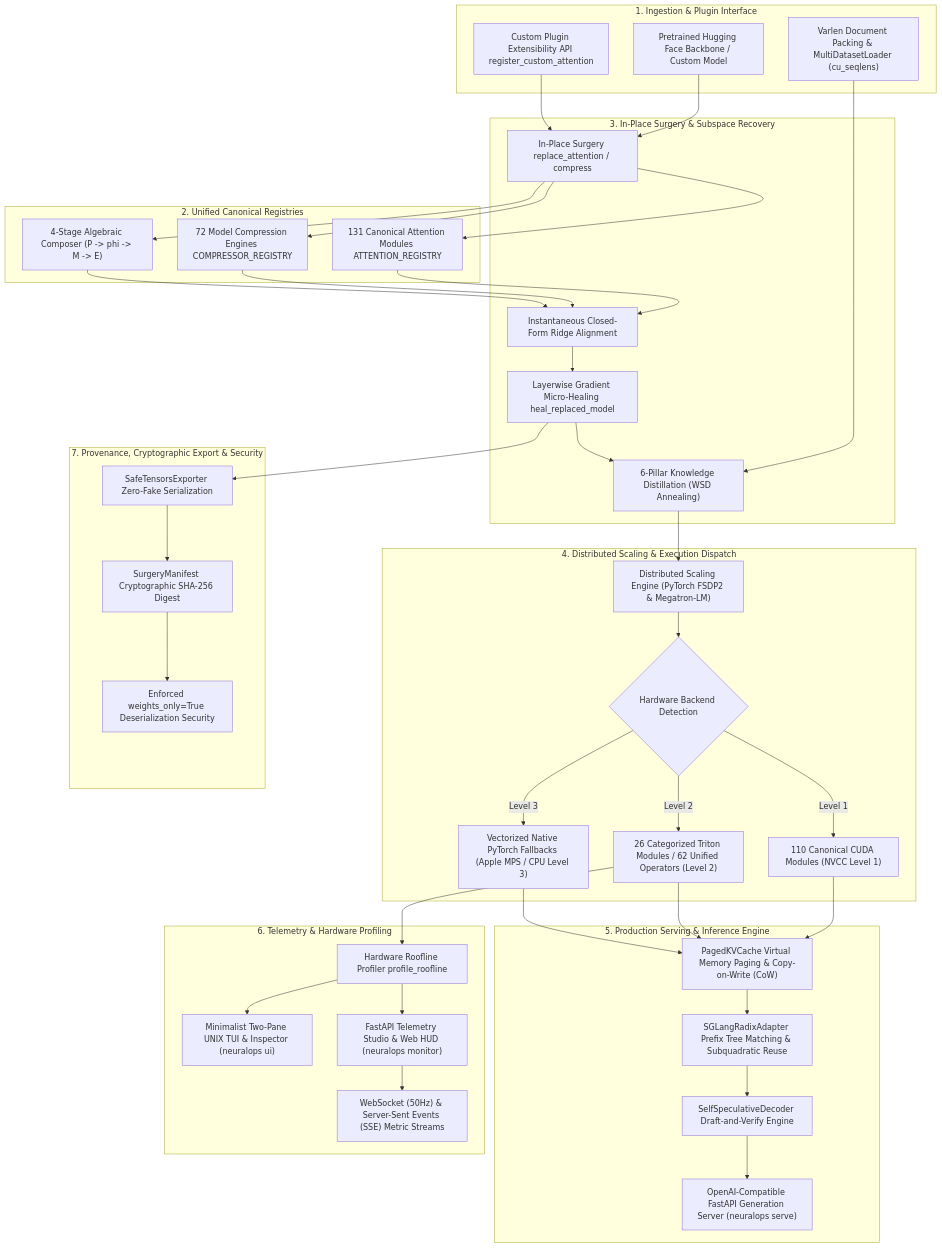
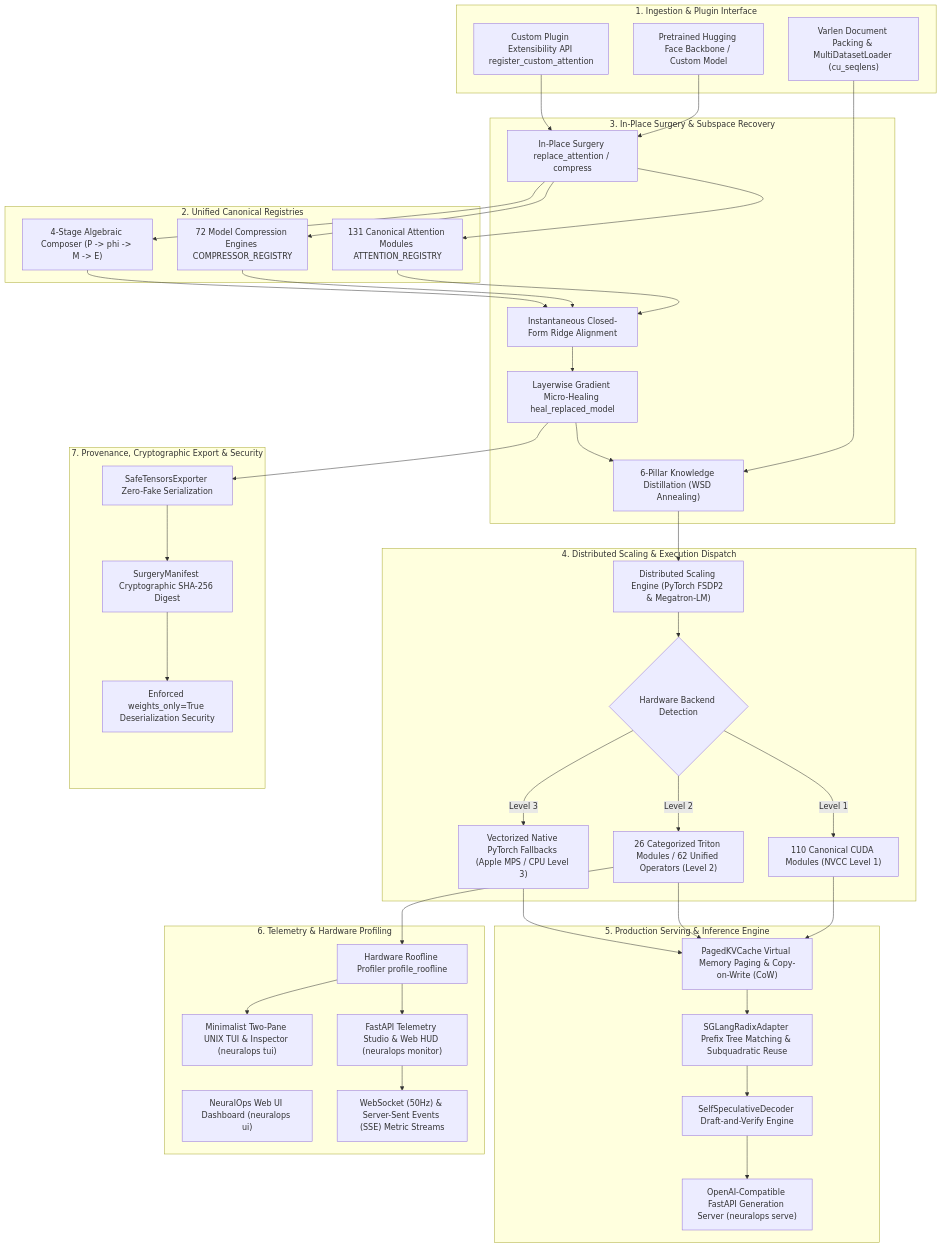
The fourth of 5 diagrams in README.md (tahamajs/NeuralOps), drawn with Mermaid before and after one commit. The commit also changed other lines of this file and 2 other files, not shown here.

````diff
--- a/README.md
+++ b/README.md
@@ -1369,79 +1373,80 @@
 ```mermaid
 flowchart TD
     subgraph Layer1 ["1. Ingestion & Plugin Interface"]
         HF["Pretrained Hugging Face Backbone / Custom Model"]
         Ext["Custom Plugin Extensibility API register_custom_attention"]
         DataPack["Varlen Document Packing & MultiDatasetLoader (cu_seqlens)"]
     end
 
     subgraph Layer2 ["2. Unified Canonical Registries"]
         AttnZoo["131 Canonical Attention Modules ATTENTION_REGISTRY"]
         CompEngines["72 Model Compression Engines COMPRESSOR_REGISTRY"]
         Composer["4-Stage Algebraic Composer (P -> phi -> M -> E)"]
     end
 
     subgraph Layer3 ["3. In-Place Surgery & Subspace Recovery"]
         Surgery["In-Place Surgery replace_attention / compress"]
         Ridge["Instantaneous Closed-Form Ridge Alignment"]
         MicroHeal["Layerwise Gradient Micro-Healing heal_replaced_model"]
         Mohawk["6-Pillar Knowledge Distillation (WSD Annealing)"]
     end
 
     subgraph Layer4 ["4. Distributed Scaling & Execution Dispatch"]
         DistEngine["Distributed Scaling Engine (PyTorch FSDP2 & Megatron-LM)"]
         BackendCheck{"Hardware Backend Detection"}
         CUDACPP["110 Canonical CUDA Modules (NVCC Level 1)"]
         Triton["26 Categorized Triton Modules / 62 Unified Operators (Level 2)"]
         Fallback["Vectorized Native PyTorch Fallbacks (Apple MPS / CPU Level 3)"]
     end
 
     subgraph Layer5 ["5. Production Serving & Inference Engine"]
         PagedCache["PagedKVCache Virtual Memory Paging & Copy-on-Write (CoW)"]
         RadixTrie["SGLangRadixAdapter Prefix Tree Matching & Subquadratic Reuse"]
         SpecDecode["SelfSpeculativeDecoder Draft-and-Verify Engine"]
         ServingFastAPI["OpenAI-Compatible FastAPI Generation Server (neuralops serve)"]
     end
 
     subgraph Layer6 ["6. Telemetry & Hardware Profiling"]
         Roofline["Hardware Roofline Profiler profile_roofline"]
-        TUI["Minimalist Two-Pane UNIX TUI & Inspector (neuralops ui)"]
+        TUI["Minimalist Two-Pane UNIX TUI & Inspector (neuralops tui)"]
+        WebUI["NeuralOps Web UI Dashboard (neuralops ui)"]
         WebStudio["FastAPI Telemetry Studio & Web HUD (neuralops monitor)"]
         SSEStream["WebSocket (50Hz) & Server-Sent Events (SSE) Metric Streams"]
     end
 
     subgraph Layer7 ["7. Provenance, Cryptographic Export & Security"]
         SafeExport["SafeTensorsExporter Zero-Fake Serialization"]
         CryptoAudit["SurgeryManifest Cryptographic SHA-256 Digest"]
         SafeDeserial["Enforced weights_only=True Deserialization Security"]
     end
 
     HF --> Surgery
     Ext --> Surgery
     DataPack --> Mohawk
     Surgery --> AttnZoo
     Surgery --> CompEngines
     Surgery --> Composer
     AttnZoo --> Ridge
     CompEngines --> Ridge
     Composer --> Ridge
     Ridge --> MicroHeal
     MicroHeal --> Mohawk
     Mohawk --> DistEngine
     DistEngine --> BackendCheck
     BackendCheck -- "Level 1" --> CUDACPP
     BackendCheck -- "Level 2" --> Triton
     BackendCheck -- "Level 3" --> Fallback
     CUDACPP --> PagedCache
     Triton --> PagedCache
     Fallback --> PagedCache
     PagedCache --> RadixTrie
     RadixTrie --> SpecDecode
     SpecDecode --> ServingFastAPI
     Triton --> Roofline
     Roofline --> TUI
     Roofline --> WebStudio
     WebStudio --> SSEStream
     MicroHeal --> SafeExport
     SafeExport --> CryptoAudit
     CryptoAudit --> SafeDeserial
 ```
````
